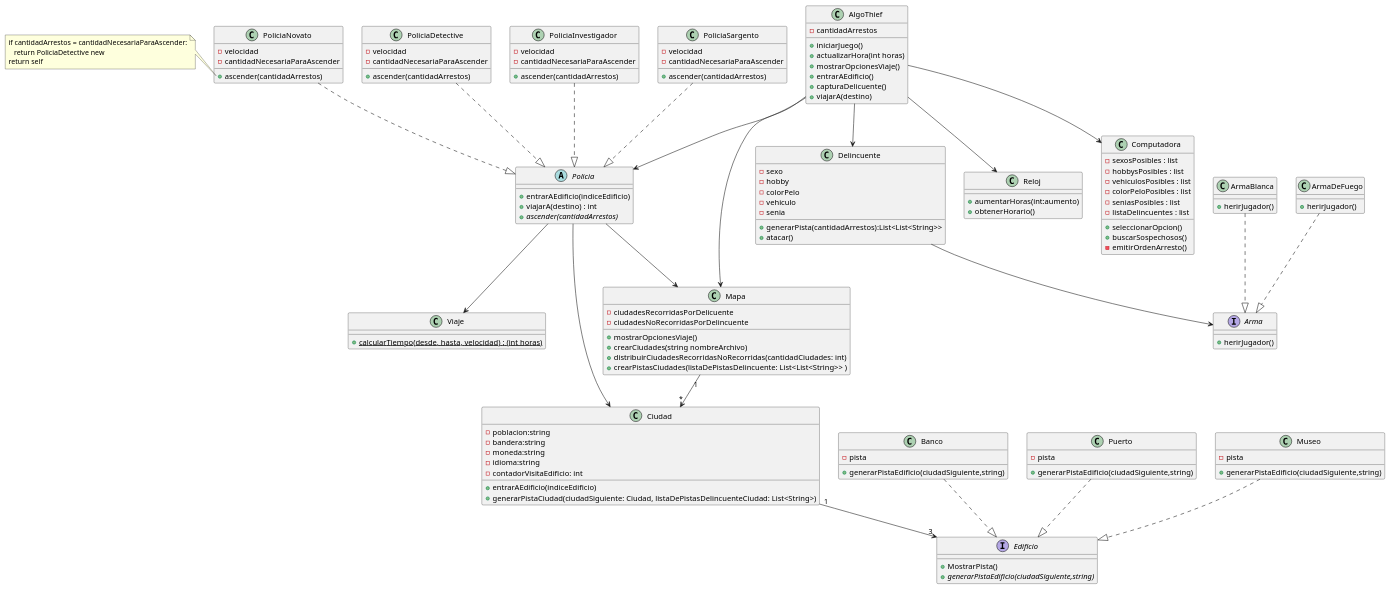
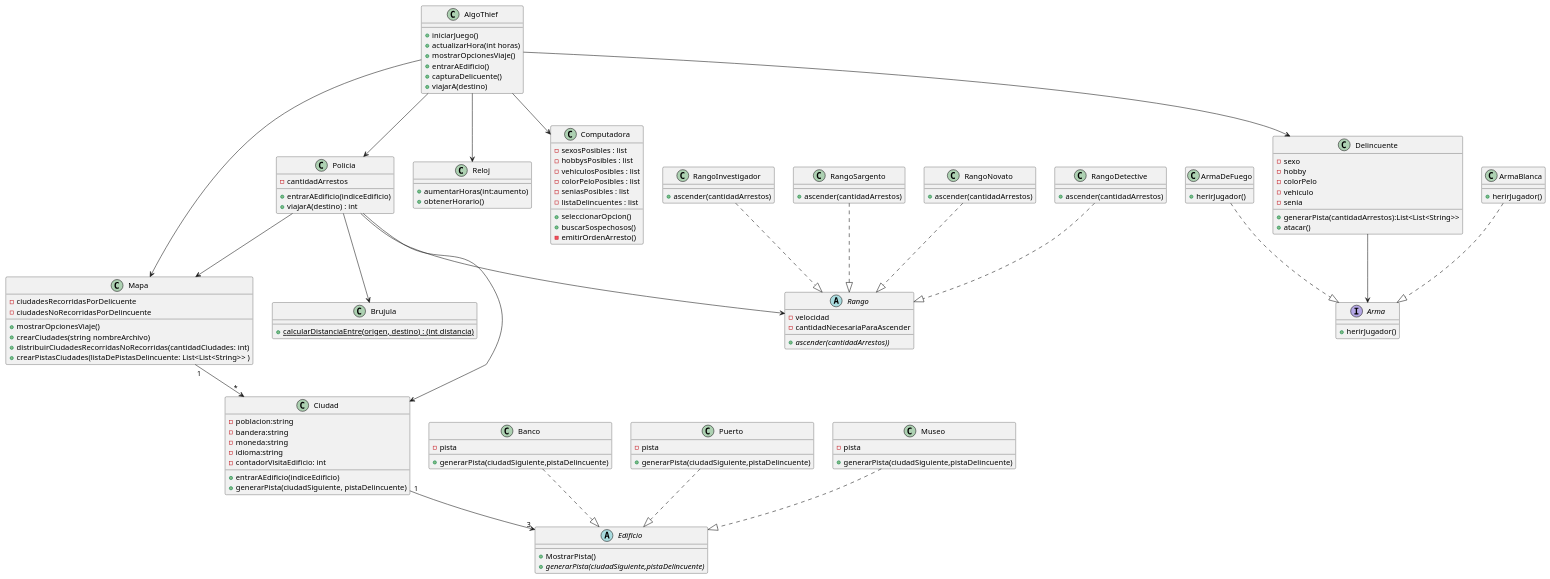
One commit to Fanusaez/TP2_algo3_algothief changed the diagram in DiagramaDeClasesV2.puml. Above: the diagram before and after it, drawn with PlantUML. The commit also changed other lines of this file and 10 other files, not shown here.

Commit message:
Agregamos Rangos y Tests a Policia y Estado a Ciudad.

```diff
--- a/DiagramaDeClasesV2.puml
+++ b/DiagramaDeClasesV2.puml
@@ -5,8 +5,6 @@
 /' ********** CLASES ********** '/
 
 class AlgoThief{
--cantidadArrestos
-
 + iniciarJuego()
 + actualizarHora(int horas)
 + mostrarOpcionesViaje()
@@ -25,36 +23,34 @@
 + crearPistasCiudades(listaDePistasDelincuente: List<List<String>> )
 }
 
-abstract class Policia{
-
+class Policia{
+-cantidadArrestos
 
 + entrarAEdificio(indiceEdificio)
 + viajarA(destino) : int
-{abstract} +ascender(cantidadArrestos)
 
 }
 
-class PoliciaNovato{
+abstract class Rango{
 -velocidad
 -cantidadNecesariaParaAscender
+
++ {abstract} ascender(cantidadArrestos))
+}
+
+class RangoNovato{
 +ascender(cantidadArrestos)
 }
 
-class PoliciaDetective{
--velocidad
--cantidadNecesariaParaAscender
+class RangoDetective{
 +ascender(cantidadArrestos)
 }
 
-class PoliciaInvestigador{
--velocidad
--cantidadNecesariaParaAscender
+class RangoInvestigador{
 +ascender(cantidadArrestos)
 }
 
-class PoliciaSargento{
--velocidad
--cantidadNecesariaParaAscender
+class RangoSargento{
 +ascender(cantidadArrestos)
 }
 
@@ -69,15 +65,9 @@
 +atacar()
 }
 
-/'
-class NPC{
+class Brujula{
 
-}
-'/
-
-class Viaje{
-
-{static} +calcularTiempo(desde, hasta, velocidad) : (int horas)
+{static} +calcularDistanciaEntre(origen, destino) : (int distancia)
 }
 
 
@@ -89,7 +79,7 @@
 -contadorVisitaEdificio: int
 
 +entrarAEdificio(indiceEdificio)
-+ generarPistaCiudad(ciudadSiguiente: Ciudad, listaDePistasDelincuenteCiudad: List<String>)
++generarPista(ciudadSiguiente, pistaDelincuente)
 }
 
 class Reloj{
@@ -98,25 +88,25 @@
 +obtenerHorario()
 }
 
-interface Edificio{
+abstract class Edificio{
 
 + MostrarPista()
-+ {abstract} generarPistaEdificio(ciudadSiguiente,string)
++ {abstract} generarPista(ciudadSiguiente,pistaDelincuente)
 }
 
 class Banco{
 -pista
-+ generarPistaEdificio(ciudadSiguiente,string)
++ generarPista(ciudadSiguiente,pistaDelincuente)
 }
 
 class Puerto{
 -pista
-+ generarPistaEdificio(ciudadSiguiente,string)
++ generarPista(ciudadSiguiente,pistaDelincuente)
 }
 
 class Museo{
 -pista
-+ generarPistaEdificio(ciudadSiguiente,string)
++ generarPista(ciudadSiguiente,pistaDelincuente)
 }
 
 class Computadora{
@@ -160,11 +150,12 @@
 
 Policia --> Ciudad
 Policia --> Mapa
-Policia --> Viaje
-PoliciaNovato ..|> Policia
-PoliciaDetective ..|> Policia
-PoliciaSargento ..|> Policia
-PoliciaInvestigador ..|> Policia
+Policia --> Brujula
+Policia --> Rango
+RangoNovato ..|> Rango
+RangoDetective ..|> Rango
+RangoSargento ..|> Rango
+RangoInvestigador ..|> Rango
 
 Delincuente --> Arma
 
@@ -174,39 +165,5 @@
 
 Ciudad "1" --> "3" Edificio
 
-/' ********** NOTAS ********** '/
-
-
-note left of PoliciaNovato::ascender
-if cantidadArrestos = cantidadNecesariaParaAscender:
-   return PoliciaDetective new
-return self
-end note
-
-
-
-/'note right of Delincuente
-La creacion de un delincuente depende
-del valor de un objeto, y el valor de
-un objeto depende del grado del policia.
-end note'/
-
-/'
-public enum casosDeAscenso
-{
-    0, 5, 10, 20
-}
-
-if cantidadArrestos in casosDeAscenso:
-    POLICIA = POLICIA.ASCENDER()
-
-'/
-/'
-note right of clases.AlgoThief::entrarAEdificio
-entrarAEdificio():
-    if delincuente.ciudad == policia.ciudad:
-        horario.actualizarHora(delincuente.atacar())
-end note
-'/
 
 @enduml
```
